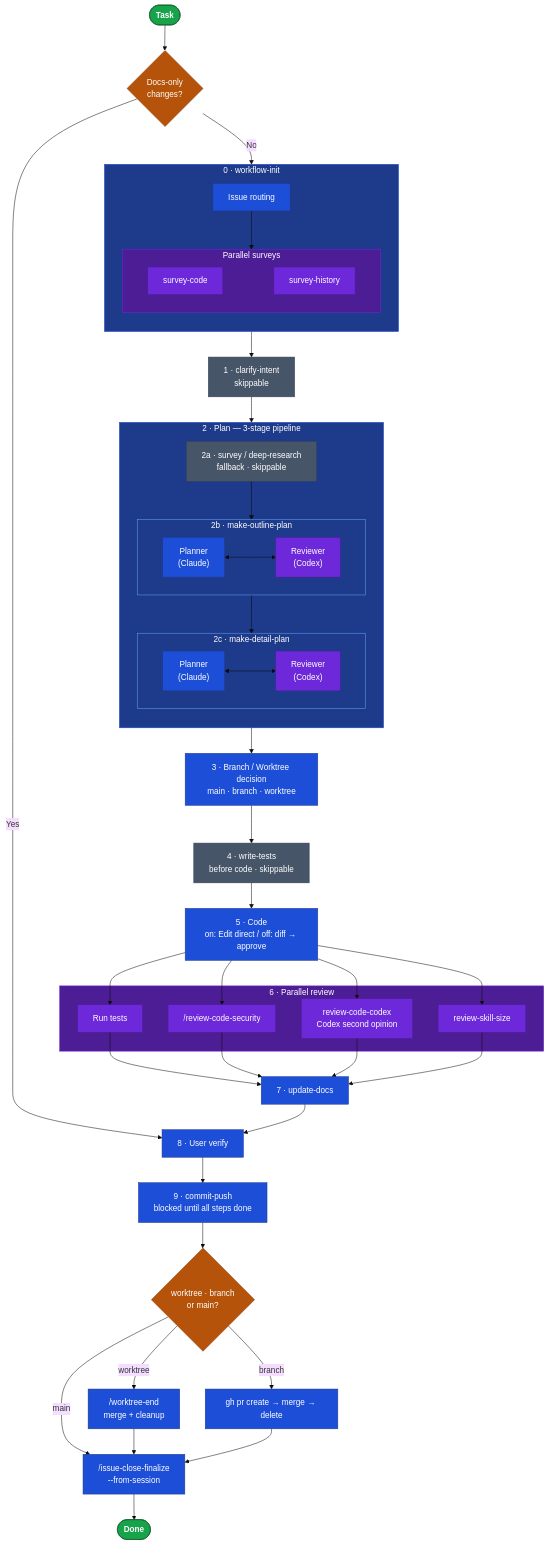
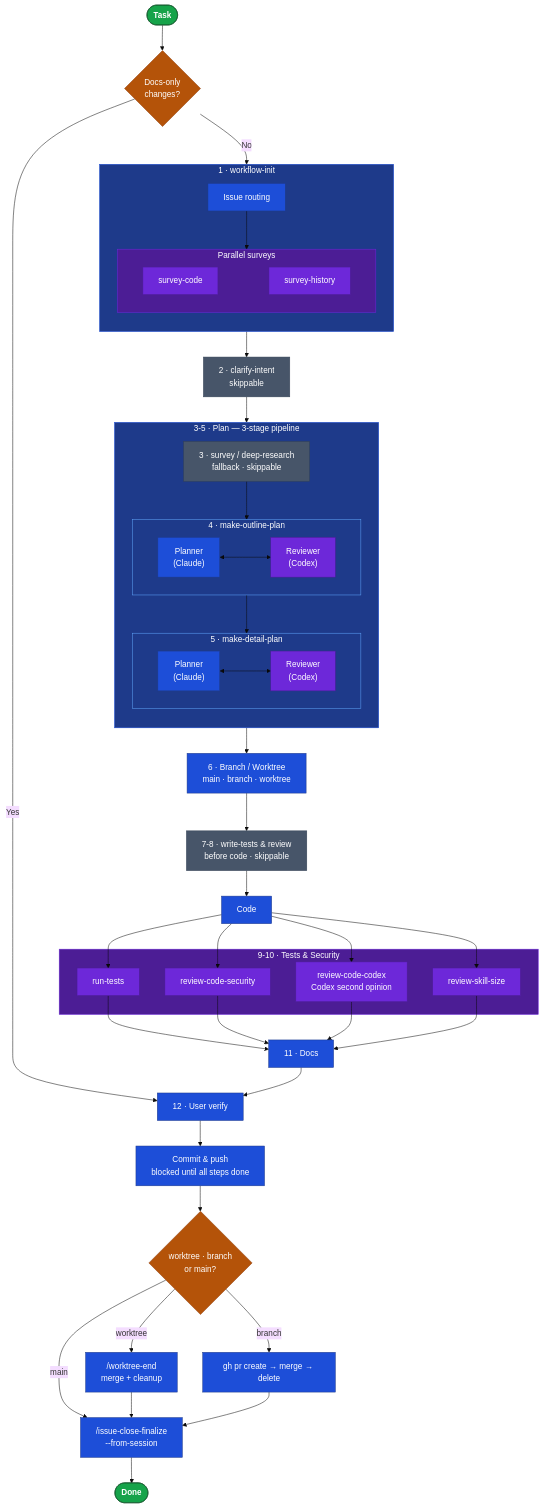
One commit to nirecom/agents changed the diagram in README.md. Above: the diagram before and after it, drawn with Mermaid (base theme). The commit also changed other lines of this file and 28 other files, not shown here.

````diff
--- a/README.md
+++ b/README.md
@@ -23,77 +23,77 @@
 ```mermaid
 flowchart TD
     classDef terminal  fill:#16a34a,stroke:#14532d,color:#fff,font-weight:bold
     classDef decision  fill:#b45309,stroke:#92400e,color:#fff
     classDef skippable fill:#475569,stroke:#334155,color:#fff
     classDef required  fill:#1d4ed8,stroke:#1e3a8a,color:#fff
     classDef parallel  fill:#6d28d9,stroke:#4c1d95,color:#fff
 
     Task([Task]) --> DocCheck{Docs-only<br/>changes?}
-    DocCheck -- Yes --> UV["8 · User verify"]
+    DocCheck -- Yes --> UV["12 · User verify"]
     DocCheck -- No  --> S0_sg
 
-    subgraph S0_sg["0 · workflow-init"]
+    subgraph S0_sg["1 · workflow-init"]
         direction TB
         S0_R["Issue routing"]
         subgraph S0_surv["Parallel surveys"]
             direction LR
             S0_SC["survey-code"] ~~~ S0_SH["survey-history"]
         end
         S0_R --> S0_surv
     end
 
-    S0_sg --> S1["1 · clarify-intent<br/>skippable"]
+    S0_sg --> S1["2 · clarify-intent<br/>skippable"]
     S1  --> P2a
 
-    subgraph Plan["2 · Plan  —  3-stage pipeline"]
+    subgraph Plan["3-5 · Plan  —  3-stage pipeline"]
         direction TB
-        P2a["2a · survey / deep-research<br/>fallback · skippable"] --> P2b_sg
-        subgraph P2b_sg["2b · make-outline-plan"]
+        P2a["3 · survey / deep-research<br/>fallback · skippable"] --> P2b_sg
+        subgraph P2b_sg["4 · make-outline-plan"]
             direction LR
             P2b_L["Planner<br/>(Claude)"] <--> P2b_R["Reviewer<br/>(Codex)"]
         end
         P2b_sg --> P2c_sg
-        subgraph P2c_sg["2c · make-detail-plan"]
+        subgraph P2c_sg["5 · make-detail-plan"]
             direction LR
             P2c_L["Planner<br/>(Claude)"] <--> P2c_R["Reviewer<br/>(Codex)"]
         end
     end
 
-    Plan --> S3["3 · Branch / Worktree decision<br/>main · branch · worktree"]
-    S3   --> S4["4 · write-tests<br/>before code · skippable"]
-    S4   --> S5["5 · Code<br/>on: Edit direct / off: diff → approve"]
+    Plan --> S3["6 · Branch / Worktree<br/>main · branch · worktree"]
+    S3   --> S4["7-8 · write-tests & review<br/>before code · skippable"]
+    S4   --> S5["Code"]
 
     S5 --> S6a & S6b & S6c & S6d
 
-    subgraph Review["6 · Parallel review"]
-        S6a["Run tests"]
-        S6b["/review-code-security"]
+    subgraph Review["9-10 · Tests & Security"]
+        S6a["run-tests"]
+        S6b["review-code-security"]
         S6c["review-code-codex<br/>Codex second opinion"]
         S6d["review-skill-size"]
     end
 
-    S6a & S6b & S6c & S6d --> S7["7 · update-docs"]
+    S6a & S6b & S6c & S6d --> S7["11 · Docs"]
     S7 --> UV
-    UV --> S9["9 · commit-push<br/>blocked until all steps done"]
+    UV --> S9["Commit & push<br/>blocked until all steps done"]
 
     S9 --> Cleanup{worktree · branch<br/>or main?}
     Cleanup -- worktree --> WE["/worktree-end<br/>merge + cleanup"]
     Cleanup -- branch   --> PR["gh pr create → merge → delete"]
     Cleanup -- main     --> IC["/issue-close-finalize<br/>--from-session"]
     WE --> IC
     PR --> IC
     IC --> Done([Done])
 
     style S0_sg  fill:#1e3a8a,stroke:#1d4ed8,color:#fff
     style S0_surv fill:#4c1d95,stroke:#6d28d9,color:#fff
     style Plan   fill:#1e3a8a,stroke:#1d4ed8,color:#fff
     style P2b_sg fill:#1e3a8a,stroke:#60a5fa,color:#fff
     style P2c_sg fill:#1e3a8a,stroke:#60a5fa,color:#fff
     style Review fill:#4c1d95,stroke:#6d28d9,color:#fff
 
     class Task,Done terminal
     class DocCheck,Cleanup decision
     class S1,P2a,S4 skippable
     class P2b_L,P2c_L,S0_R,S3,S5,S7,UV,S9,WE,PR,IC required
     class P2b_R,P2c_R,S0_SC,S0_SH,S6a,S6b,S6c,S6d parallel
 ```
````
